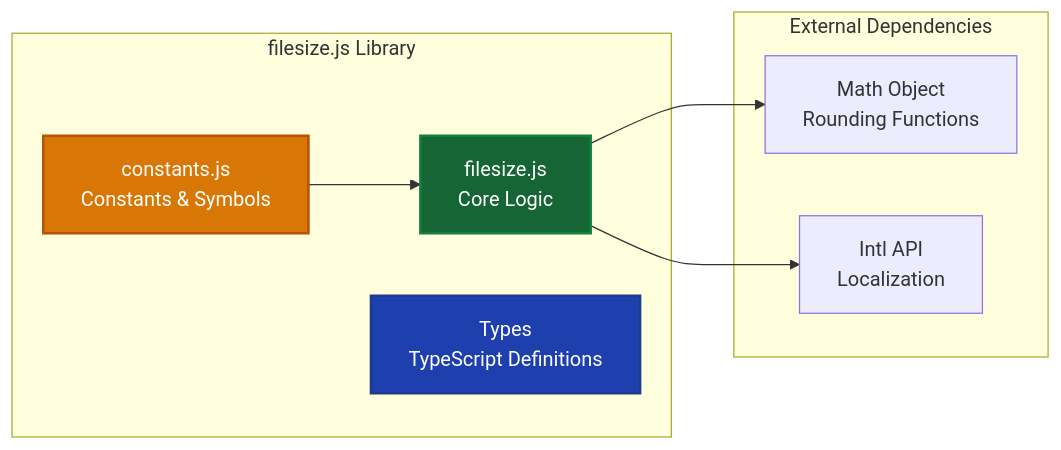
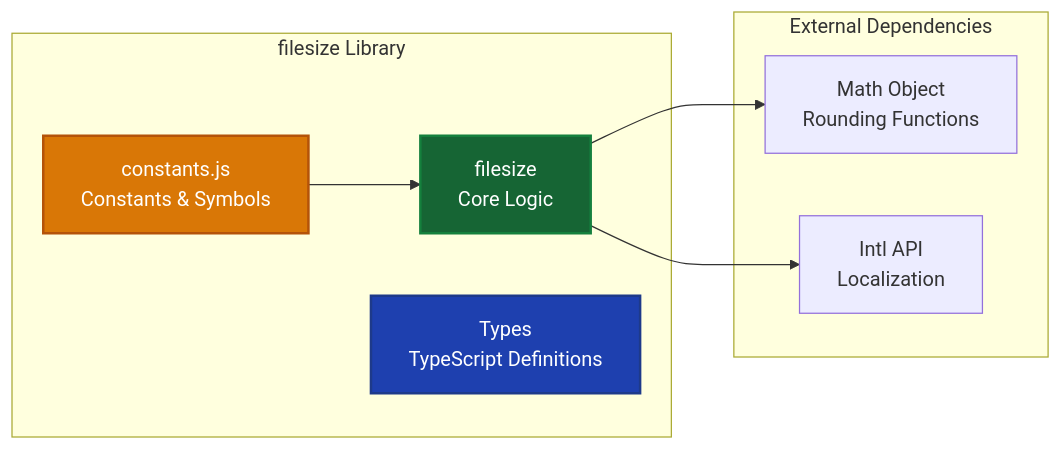
Before and after one commit to avoidwork/filesize.js: the second of 7 diagrams in docs/TECHNICAL_DOCUMENTATION.md, drawn with Mermaid. The commit also changed other lines of this file and 9 other files, not shown here.

````diff
--- a/docs/TECHNICAL_DOCUMENTATION.md
+++ b/docs/TECHNICAL_DOCUMENTATION.md
@@ -78,21 +78,21 @@
 ```mermaid
 graph LR
-    subgraph "filesize.js Library"
+    subgraph "filesize Library"
         A[constants.js<br/>Constants & Symbols] 
-        B[filesize.js<br/>Core Logic]
+        B[filesize<br/>Core Logic]
         C[Types<br/>TypeScript Definitions]
     end
     
     subgraph "External Dependencies"
         D[Math Object<br/>Rounding Functions]
         E[Intl API<br/>Localization]
     end
     
     A --> B
     B --> D
     B --> E
     
     style A fill:#d97706,stroke:#b45309,stroke-width:2px,color:#ffffff
     style B fill:#166534,stroke:#15803d,stroke-width:2px,color:#ffffff
     style C fill:#1e40af,stroke:#1e3a8a,stroke-width:2px,color:#ffffff
 ```
````
